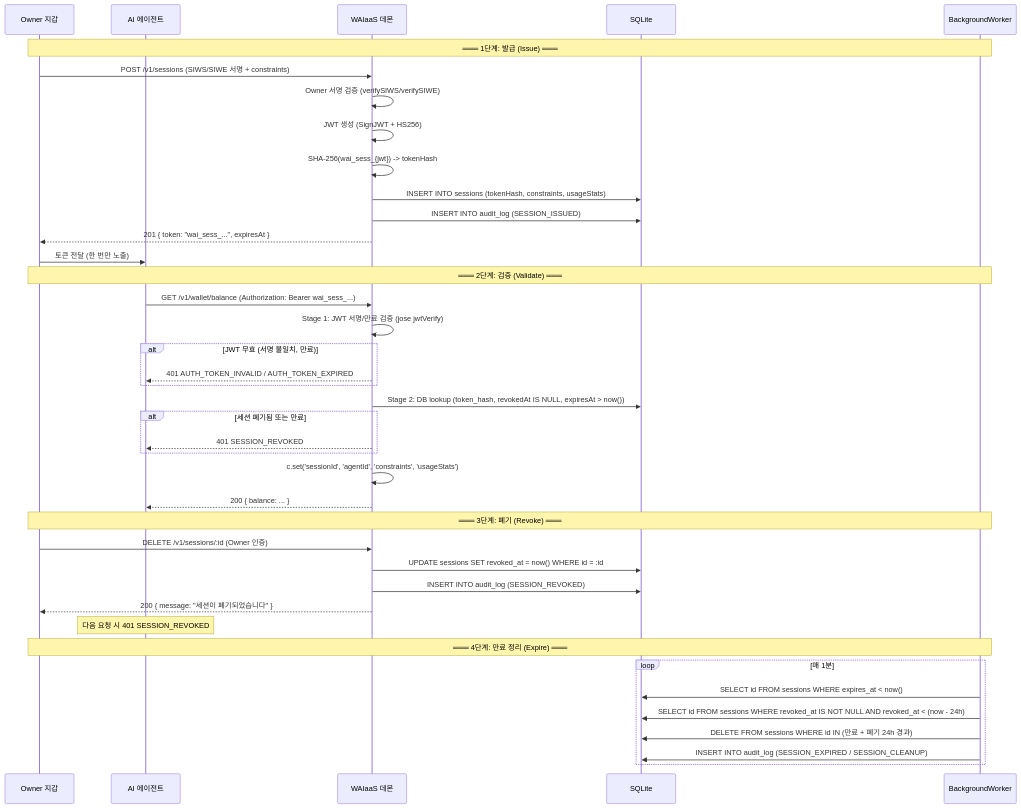
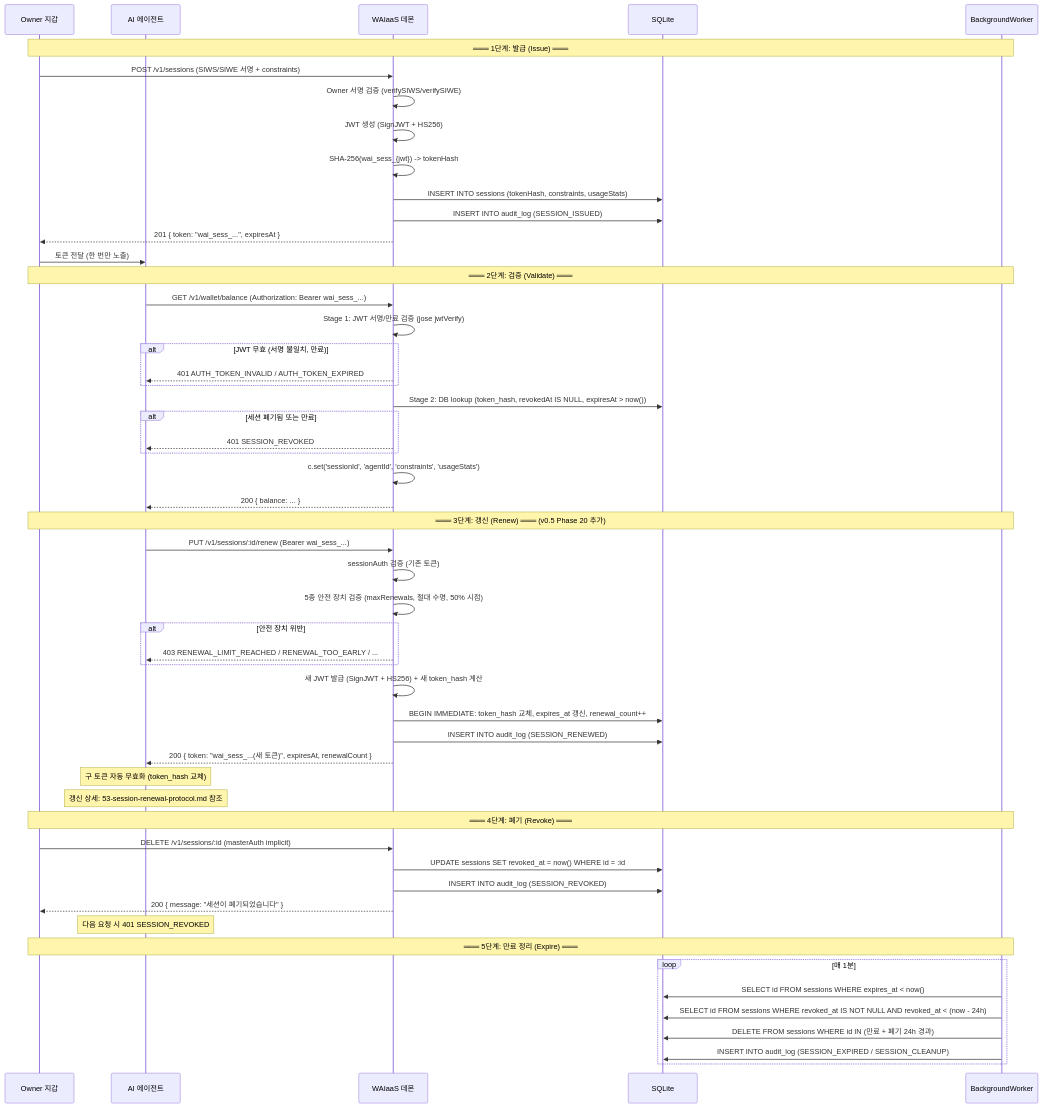
Before and after one commit to minhoyoo-iotrust/WAIaaS: the third of 3 diagrams in .planning/deliverables/30-session-token-protocol.md, drawn with Mermaid. The commit also changed other lines of this file, not shown here.

First line of the commit message:
feat(20-01): 30-session-token-protocol.md 수명주기 5단계 확장 + SessionConstraints 갱신 필드 추가

````diff
--- a/.planning/deliverables/30-session-token-protocol.md
+++ b/.planning/deliverables/30-session-token-protocol.md
@@ -1002,51 +1031,66 @@
 ```mermaid
 sequenceDiagram
     participant Owner as Owner 지갑
     participant Agent as AI 에이전트
     participant Server as WAIaaS 데몬
     participant DB as SQLite
     participant Worker as BackgroundWorker
 
     Note over Owner,Worker: ═══ 1단계: 발급 (Issue) ═══
 
     Owner->>Server: POST /v1/sessions (SIWS/SIWE 서명 + constraints)
     Server->>Server: Owner 서명 검증 (verifySIWS/verifySIWE)
     Server->>Server: JWT 생성 (SignJWT + HS256)
     Server->>Server: SHA-256(wai_sess_{jwt}) -> tokenHash
     Server->>DB: INSERT INTO sessions (tokenHash, constraints, usageStats)
     Server->>DB: INSERT INTO audit_log (SESSION_ISSUED)
     Server-->>Owner: 201 { token: "wai_sess_...", expiresAt }
     Owner->>Agent: 토큰 전달 (한 번만 노출)
 
     Note over Owner,Worker: ═══ 2단계: 검증 (Validate) ═══
 
     Agent->>Server: GET /v1/wallet/balance (Authorization: Bearer wai_sess_...)
     Server->>Server: Stage 1: JWT 서명/만료 검증 (jose jwtVerify)
     alt JWT 무효 (서명 불일치, 만료)
         Server-->>Agent: 401 AUTH_TOKEN_INVALID / AUTH_TOKEN_EXPIRED
     end
     Server->>DB: Stage 2: DB lookup (token_hash, revokedAt IS NULL, expiresAt > now())
     alt 세션 폐기됨 또는 만료
         Server-->>Agent: 401 SESSION_REVOKED
     end
     Server->>Server: c.set('sessionId', 'agentId', 'constraints', 'usageStats')
     Server-->>Agent: 200 { balance: ... }
 
-    Note over Owner,Worker: ═══ 3단계: 폐기 (Revoke) ═══
+    Note over Owner,Worker: ═══ 3단계: 갱신 (Renew) ═══ (v0.5 Phase 20 추가)
 
-    Owner->>Server: DELETE /v1/sessions/:id (Owner 인증)
+    Agent->>Server: PUT /v1/sessions/:id/renew (Bearer wai_sess_...)
+    Server->>Server: sessionAuth 검증 (기존 토큰)
+    Server->>Server: 5종 안전 장치 검증 (maxRenewals, 절대 수명, 50% 시점)
+    alt 안전 장치 위반
+        Server-->>Agent: 403 RENEWAL_LIMIT_REACHED / RENEWAL_TOO_EARLY / ...
+    end
+    Server->>Server: 새 JWT 발급 (SignJWT + HS256) + 새 token_hash 계산
+    Server->>DB: BEGIN IMMEDIATE: token_hash 교체, expires_at 갱신, renewal_count++
+    Server->>DB: INSERT INTO audit_log (SESSION_RENEWED)
+    Server-->>Agent: 200 { token: "wai_sess_...(새 토큰)", expiresAt, renewalCount }
+    Note over Agent: 구 토큰 자동 무효화 (token_hash 교체)
+    Note over Agent: 갱신 상세: 53-session-renewal-protocol.md 참조
+
+    Note over Owner,Worker: ═══ 4단계: 폐기 (Revoke) ═══
+
+    Owner->>Server: DELETE /v1/sessions/:id (masterAuth implicit)
     Server->>DB: UPDATE sessions SET revoked_at = now() WHERE id = :id
     Server->>DB: INSERT INTO audit_log (SESSION_REVOKED)
     Server-->>Owner: 200 { message: "세션이 폐기되었습니다" }
 
     Note over Agent: 다음 요청 시 401 SESSION_REVOKED
 
-    Note over Owner,Worker: ═══ 4단계: 만료 정리 (Expire) ═══
+    Note over Owner,Worker: ═══ 5단계: 만료 정리 (Expire) ═══
 
     loop 매 1분
         Worker->>DB: SELECT id FROM sessions WHERE expires_at < now()
         Worker->>DB: SELECT id FROM sessions WHERE revoked_at IS NOT NULL AND revoked_at < (now - 24h)
         Worker->>DB: DELETE FROM sessions WHERE id IN (만료 + 폐기 24h 경과)
         Worker->>DB: INSERT INTO audit_log (SESSION_EXPIRED / SESSION_CLEANUP)
     end
 ```
````
